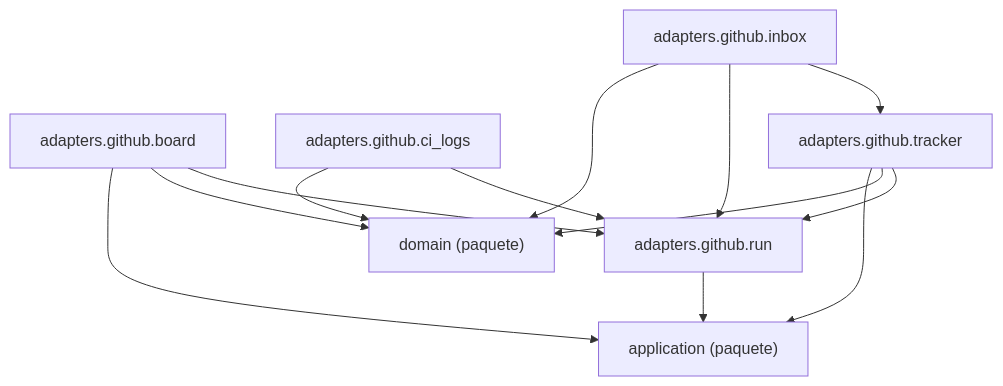
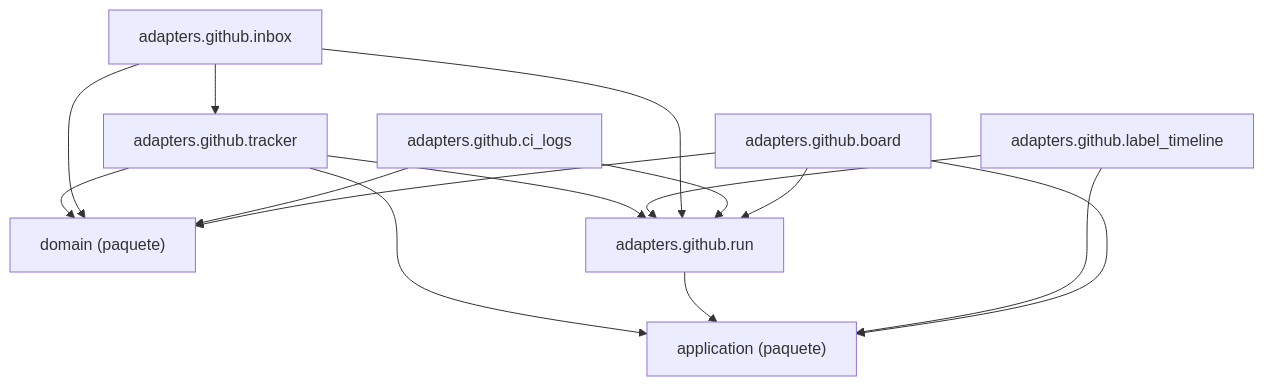
One commit to GonzaloZevallos/agentic-system changed the diagram in docs/architecture/generated/packages-process-adapters-github.md. Above: the diagram before and after it, drawn with Mermaid. The commit also changed 15 other files, not shown here.

Commit message:
Regenerate architecture pages and cluster domain.lead_time

````diff
--- a/docs/architecture/generated/packages-process-adapters-github.md
+++ b/docs/architecture/generated/packages-process-adapters-github.md
@@ -14,22 +14,25 @@
 ```mermaid
 graph TD
     g_pkg__application["application (paquete)"]
     g_pkg__domain["domain (paquete)"]
     m_adapters__github__board["adapters.github.board"]
     m_adapters__github__ci_logs["adapters.github.ci_logs"]
     m_adapters__github__inbox["adapters.github.inbox"]
+    m_adapters__github__label_timeline["adapters.github.label_timeline"]
     m_adapters__github__run["adapters.github.run"]
     m_adapters__github__tracker["adapters.github.tracker"]
     m_adapters__github__board --> g_pkg__application
     m_adapters__github__board --> g_pkg__domain
     m_adapters__github__board --> m_adapters__github__run
     m_adapters__github__ci_logs --> g_pkg__domain
     m_adapters__github__ci_logs --> m_adapters__github__run
     m_adapters__github__inbox --> g_pkg__domain
     m_adapters__github__inbox --> m_adapters__github__run
     m_adapters__github__inbox --> m_adapters__github__tracker
+    m_adapters__github__label_timeline --> g_pkg__application
+    m_adapters__github__label_timeline --> m_adapters__github__run
     m_adapters__github__run --> g_pkg__application
     m_adapters__github__tracker --> g_pkg__application
     m_adapters__github__tracker --> g_pkg__domain
     m_adapters__github__tracker --> m_adapters__github__run
 ```
````
